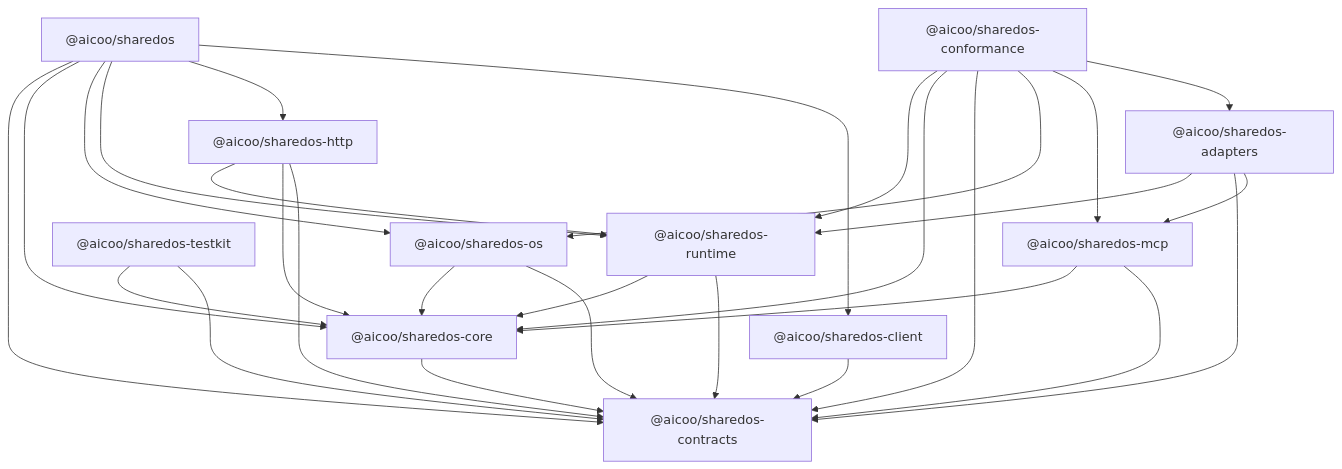
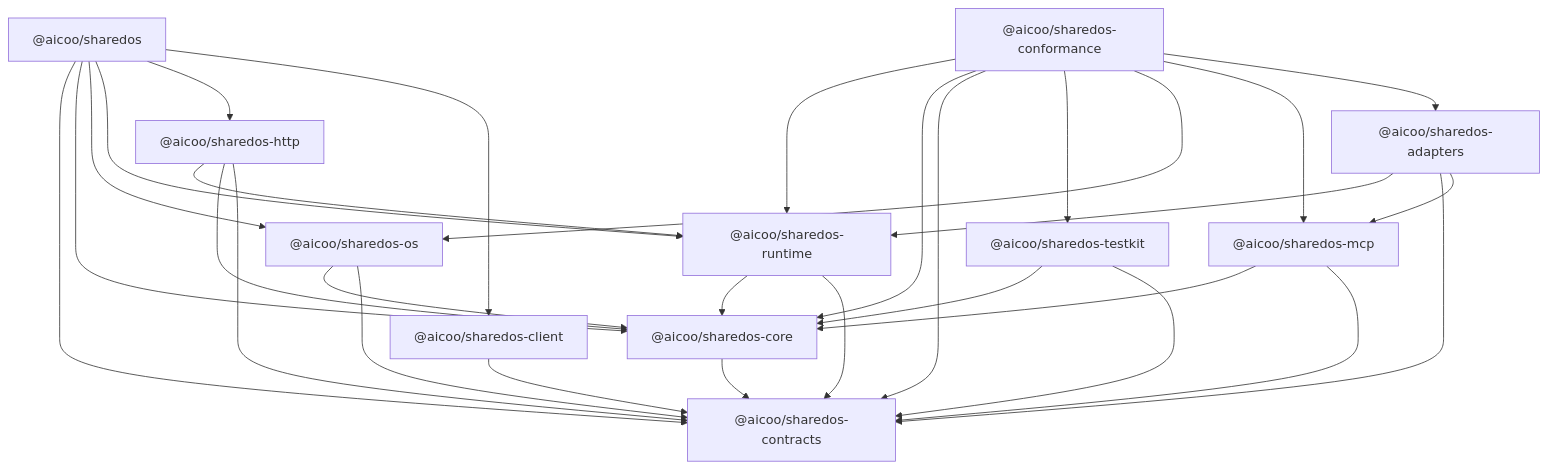
The first of 2 diagrams in docs/architecture.md (Aicoo-Team/SharedOS), drawn with Mermaid before and after one commit. The commit also changed other lines of this file and 5 other files, not shown here.

````diff
--- a/docs/architecture.md
+++ b/docs/architecture.md
@@ -35,32 +35,33 @@
 ```mermaid
 flowchart TD
   CT["@aicoo/sharedos-contracts"]
   CO["@aicoo/sharedos-core"] --> CT
   OS["@aicoo/sharedos-os"] --> CO
   OS --> CT
   RT["@aicoo/sharedos-runtime"] --> CO
   RT --> CT
   HT["@aicoo/sharedos-http"] --> RT
   HT --> CO
   HT --> CT
   CL["@aicoo/sharedos-client"] --> CT
   SDK["@aicoo/sharedos"] --> CT
   SDK --> CO
   SDK --> OS
   SDK --> RT
   SDK --> HT
   SDK --> CL
   TK["@aicoo/sharedos-testkit"] --> CO
   TK --> CT
   CF["@aicoo/sharedos-conformance"] --> RT
   CF --> CO
   CF --> CT
+  CF --> TK
   AD["@aicoo/sharedos-adapters"] --> RT
   AD --> CT
   AD --> MCP
   MCP["@aicoo/sharedos-mcp"] --> CO
   MCP --> CT
   CF --> OS
   CF --> MCP
   CF --> AD
 ```
````
